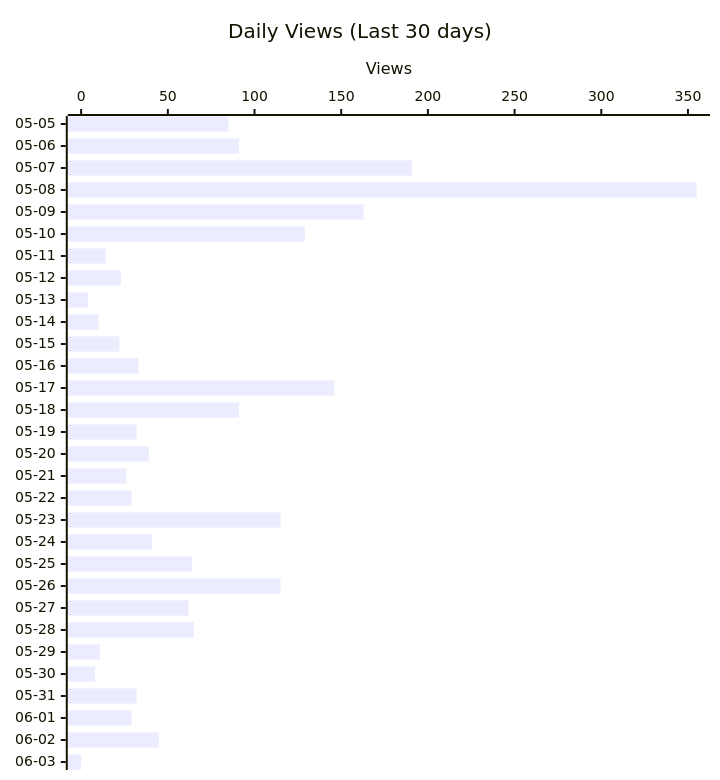
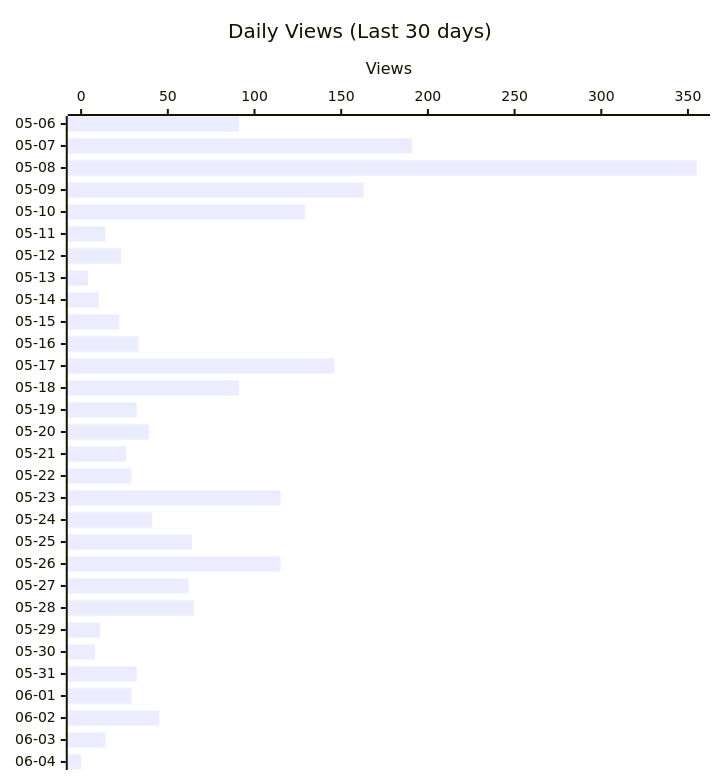
Before and after one commit to shigechika/github-insights: the second of 3 diagrams in README.md, drawn with Mermaid. The commit also changed other lines of this file and 2 other files, not shown here.

````diff
--- a/README.md
+++ b/README.md
@@ -28,12 +28,12 @@
 ```mermaid
 ---
 config:
   xyChart:
     height: 760
 ---
 xychart-beta horizontal
     title "Daily Views (Last 30 days)"
-    x-axis ["05-05", "05-06", "05-07", "05-08", "05-09", "05-10", "05-11", "05-12", "05-13", "05-14", "05-15", "05-16", "05-17", "05-18", "05-19", "05-20", "05-21", "05-22", "05-23", "05-24", "05-25", "05-26", "05-27", "05-28", "05-29", "05-30", "05-31", "06-01", "06-02", "06-03"]
+    x-axis ["05-06", "05-07", "05-08", "05-09", "05-10", "05-11", "05-12", "05-13", "05-14", "05-15", "05-16", "05-17", "05-18", "05-19", "05-20", "05-21", "05-22", "05-23", "05-24", "05-25", "05-26", "05-27", "05-28", "05-29", "05-30", "05-31", "06-01", "06-02", "06-03", "06-04"]
     y-axis "Views"
-    bar [85, 91, 191, 355, 163, 129, 14, 23, 4, 10, 22, 33, 146, 91, 32, 39, 26, 29, 115, 41, 64, 115, 62, 65, 11, 8, 32, 29, 45, 0]
+    bar [91, 191, 355, 163, 129, 14, 23, 4, 10, 22, 33, 146, 91, 32, 39, 26, 29, 115, 41, 64, 115, 62, 65, 11, 8, 32, 29, 45, 14, 0]
 ```
````
